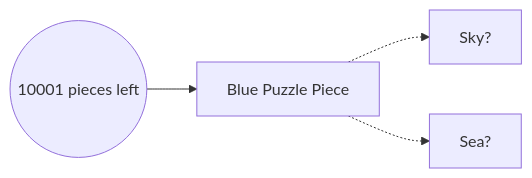
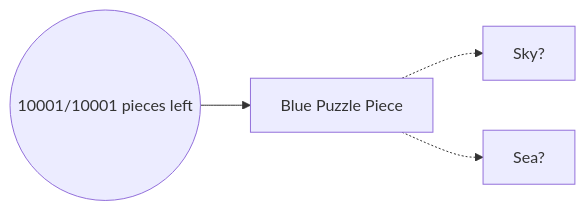
Before and after one commit to 198thread/lineup: the first of 3 diagrams in README.md, drawn with Mermaid. The commit also changed other lines of this file, not shown here.

Commit message:
Update README.md
updated mermaid circles for sizing

````diff
--- a/README.md
+++ b/README.md
@@ -7,6 +7,6 @@
 ```mermaid
 graph LR;
-    A((10001 pieces left)) --> B[Blue Puzzle Piece]
+    A((   10001/10001 pieces left   )) --> B[Blue Puzzle Piece]
     B -.-> C[Sky?]
     B -.-> D[Sea?]
 ```
````
